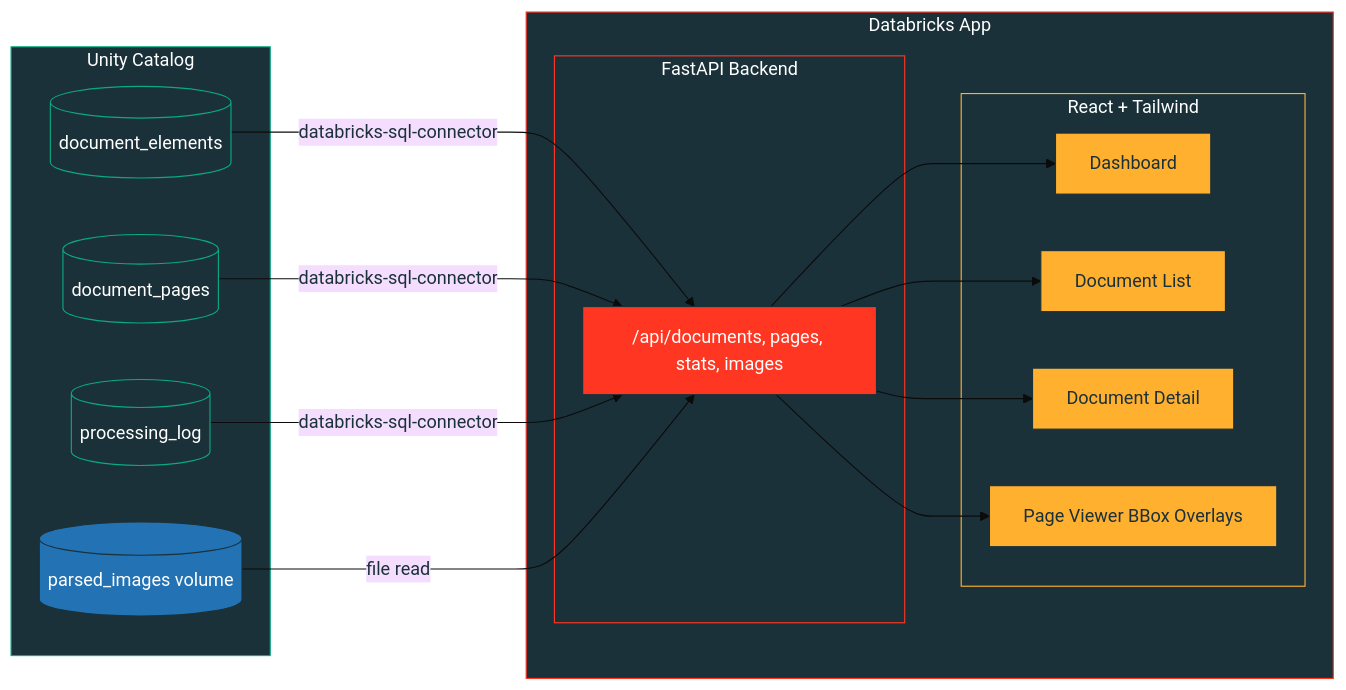
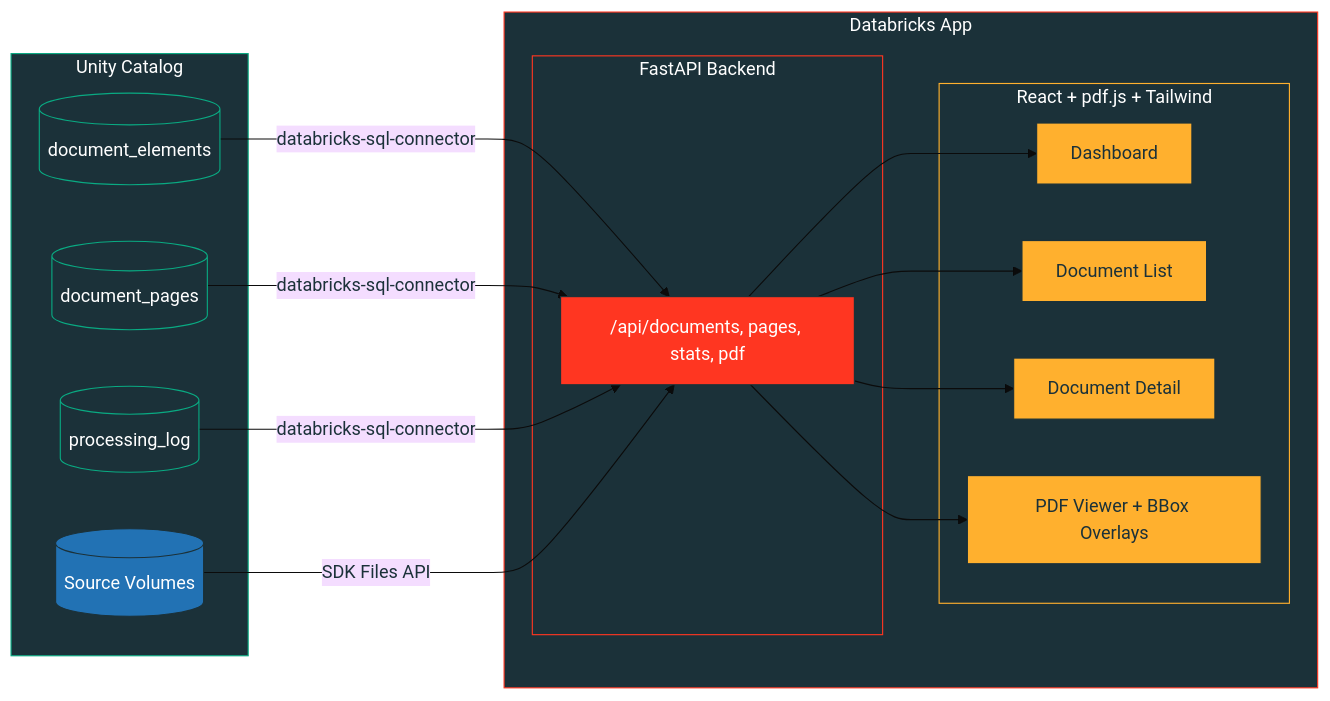
One commit to contractordeep/databricks-doc-process-pipeline changed the second of 3 diagrams in README.md. Above: the diagram before and after it, drawn with Mermaid. The commit also changed other lines of this file and 214 other files, not shown here.

First line of the commit message:
Doc viewer: center page, fit bboxes, default catalog/schema (main, doc_processing)

````diff
--- a/README.md
+++ b/README.md
@@ -187,42 +194,42 @@
 ```mermaid
 %%{init: {'theme':'base', 'themeVariables': { 'titleColor':'#FFFFFF', 'tertiaryTextColor':'#FFFFFF', 'clusterBkg':'#1B3139', 'clusterBorder':'#09AA82', 'primaryTextColor':'#1B3139', 'textColor':'#1B3139' }}}%%
 flowchart LR
     subgraph UC["Unity Catalog"]
         DE[(document_elements)]
         DP[(document_pages)]
         LOG[(processing_log)]
-        IMGVOL[("parsed_images volume")]
+        SRCVOL[("Source Volumes")]
     end
 
     subgraph App["Databricks App"]
         subgraph Backend["FastAPI Backend"]
-            API["/api/documents, pages, stats, images"]
+            API["/api/documents, pages, stats, pdf"]
         end
 
-        subgraph Frontend["React + Tailwind"]
+        subgraph Frontend["React + pdf.js + Tailwind"]
             DASH["Dashboard"]
             LIST["Document List"]
             DETAIL["Document Detail"]
-            PAGE["Page Viewer BBox Overlays"]
+            PAGE["PDF Viewer + BBox Overlays"]
         end
     end
 
     DE & DP & LOG -->|"databricks-sql-connector"| API
-    IMGVOL -->|"file read"| API
+    SRCVOL -->|"SDK Files API"| API
     API --> DASH & LIST & DETAIL & PAGE
 
     classDef table fill:#1B3139,stroke:#09AA82,color:#fff
     classDef volume fill:#2272B4,stroke:#1B3139,color:#fff
     classDef backend fill:#FF3621,stroke:#1B3139,color:#fff
     classDef frontend fill:#FFB02E,stroke:#1B3139,color:#1B3139
 
     class DE,DP,LOG table
-    class IMGVOL volume
+    class SRCVOL volume
     class API backend
     class DASH,LIST,DETAIL,PAGE frontend
 
     style UC fill:#1B3139,stroke:#09AA82,color:#fff
     style App fill:#1B3139,stroke:#FF3621,color:#fff
     style Backend fill:#1B3139,stroke:#FF3621,color:#fff
     style Frontend fill:#1B3139,stroke:#FFB02E,color:#fff
 ```
````
